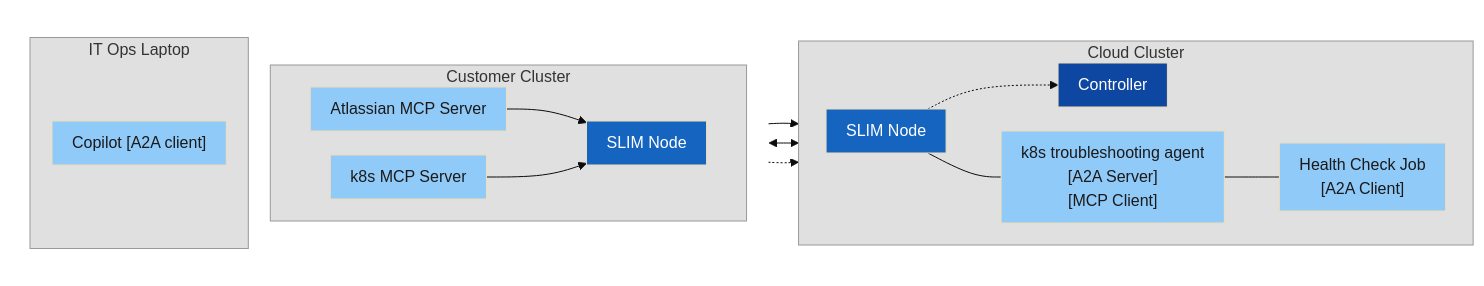
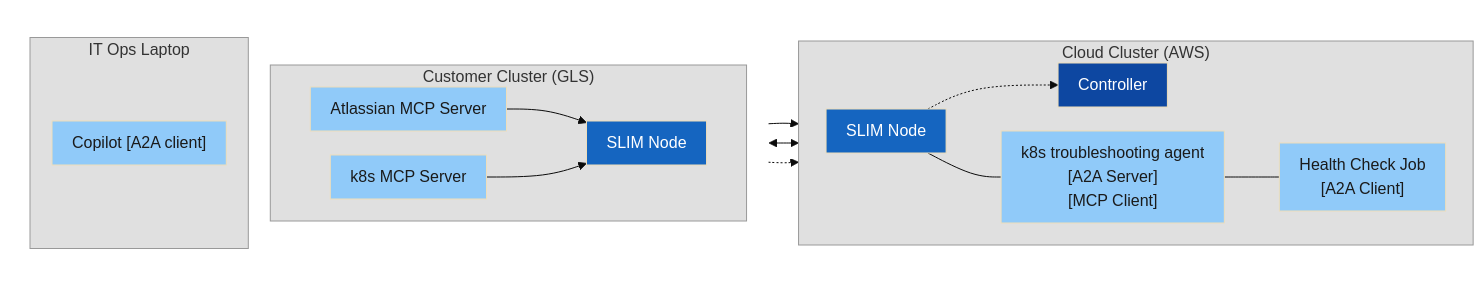
Before and after one commit to agntcy/blogs: the sixth of 9 diagrams in presentations/slim-multicluster-demo/slim-multicluster-demo.md, drawn with Mermaid. The commit also changed other lines of this file, not shown here.

````diff
--- a/presentations/slim-multicluster-demo/slim-multicluster-demo.md
+++ b/presentations/slim-multicluster-demo/slim-multicluster-demo.md
@@ -291,43 +306,43 @@
 ```mermaid
 %%{init: {'theme': 'base', 'themeVariables': {'fontSize': '16px'}, 'flowchart': {'nodeSpacing': 24, 'rankSpacing': 30, 'padding': 10}}}%%
 graph LR
     subgraph Left[" "]
         direction TB
-        subgraph Customer[Customer Cluster]
+        subgraph Customer["Customer Cluster (GLS)"]
             direction LR
             AMCP[Atlassian MCP Server] --> CSN[SLIM Node]
             KMCP[k8s MCP Server] --> CSN
         end
         subgraph Laptop[IT Ops Laptop]
             Copilot["Copilot [A2A client]"]
         end
     end
 
-    subgraph Cloud[Cloud Cluster]
+    subgraph Cloud["Cloud Cluster (AWS)"]
         direction LR
         SN[SLIM Node]
         SC[Controller]
         HCJ["Health Check Job\n[A2A Client]"]
         K8S["k8s troubleshooting agent\n[A2A Server]\n[MCP Client]"]
         SN -.-> SC
         SN --- K8S
         K8S --- HCJ
     end
 
     Copilot --> SN
     CSN <--> SN
     CSN -.-> SC
 
     style Left fill:none,stroke:none
     style Customer fill:#e0e0e0,stroke:#999,color:#333
     style Cloud fill:#e0e0e0,stroke:#999,color:#333
     style Laptop fill:#e0e0e0,stroke:#999,color:#333
     style SC fill:#0D47A1,color:#fff
     style SN fill:#1565C0,color:#fff
     style CSN fill:#1565C0,color:#fff
     style AMCP fill:#90CAF9,color:#1a1a1a
     style KMCP fill:#90CAF9,color:#1a1a1a
     style K8S fill:#90CAF9,color:#1a1a1a
     style HCJ fill:#90CAF9,color:#1a1a1a
     style Copilot fill:#90CAF9,color:#1a1a1a
 ```
````
